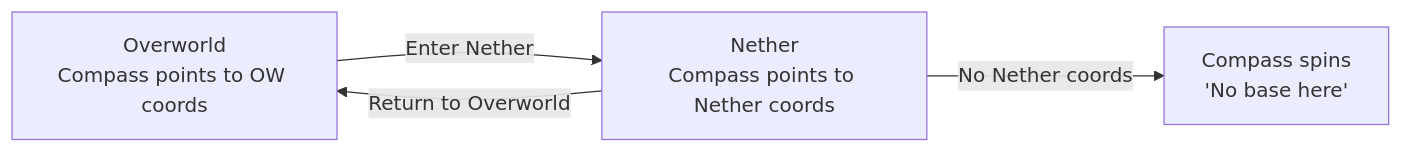
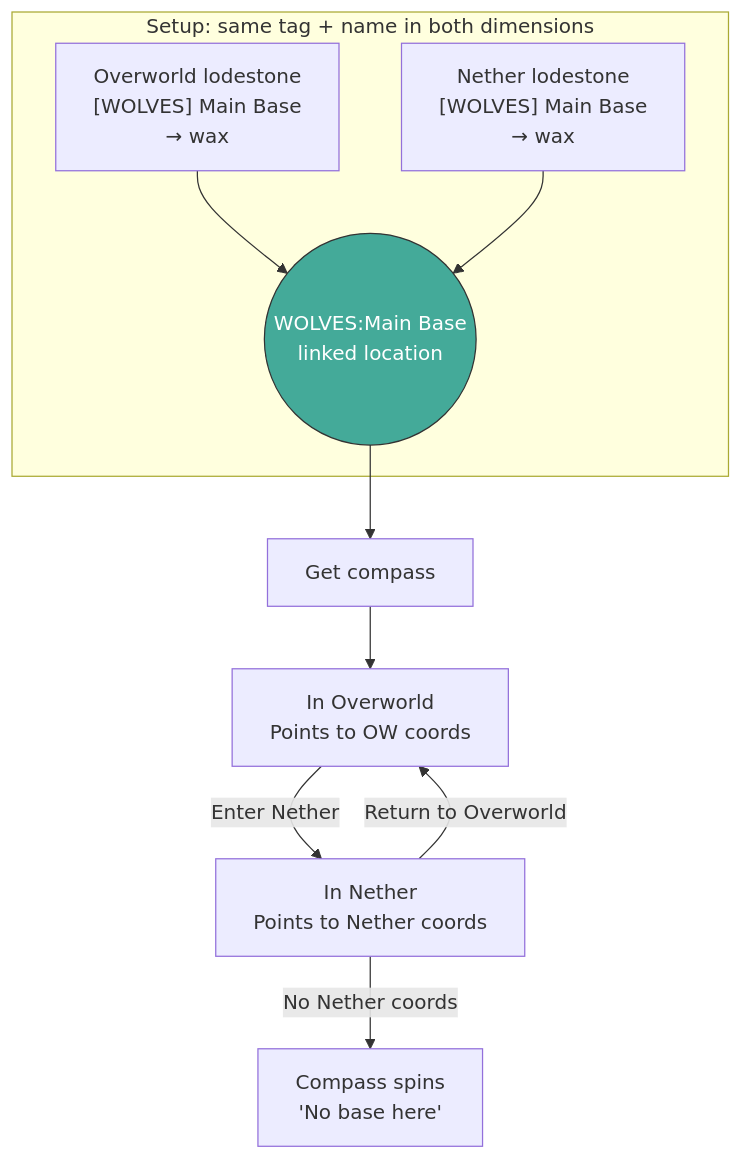
The second of 2 diagrams in README.md (paraf0x/location-manager), drawn with Mermaid before and after one commit. The commit also changed other lines of this file, not shown here.

First line of the commit message:
Consolidate lifecycle and editing into single diagram

````diff
--- a/README.md
+++ b/README.md
@@ -106,6 +97,16 @@
 ```mermaid
-flowchart LR
-    OW["Overworld\nCompass points to OW coords"] -->|Enter Nether| NE["Nether\nCompass points to Nether coords"]
-    NE -->|Return to Overworld| OW
-    NE -->|No Nether coords| Spin["Compass spins\n'No base here'"]
+flowchart TD
+    subgraph Setup ["Setup: same tag + name in both dimensions"]
+        OW_Setup["Overworld lodestone\n[WOLVES] Main Base\n→ wax"] --> Linked((WOLVES:Main Base\nlinked location))
+        NE_Setup["Nether lodestone\n[WOLVES] Main Base\n→ wax"] --> Linked
+    end
+
+    Linked --> Compass["Get compass"]
+
+    Compass --> OW_Use["In Overworld\nPoints to OW coords"]
+    OW_Use -->|Enter Nether| NE_Use["In Nether\nPoints to Nether coords"]
+    NE_Use -->|Return to Overworld| OW_Use
+    NE_Use -->|No Nether coords| Spin["Compass spins\n'No base here'"]
+
+    style Linked fill:#4a9,stroke:#333,color:#fff
 ```
````
